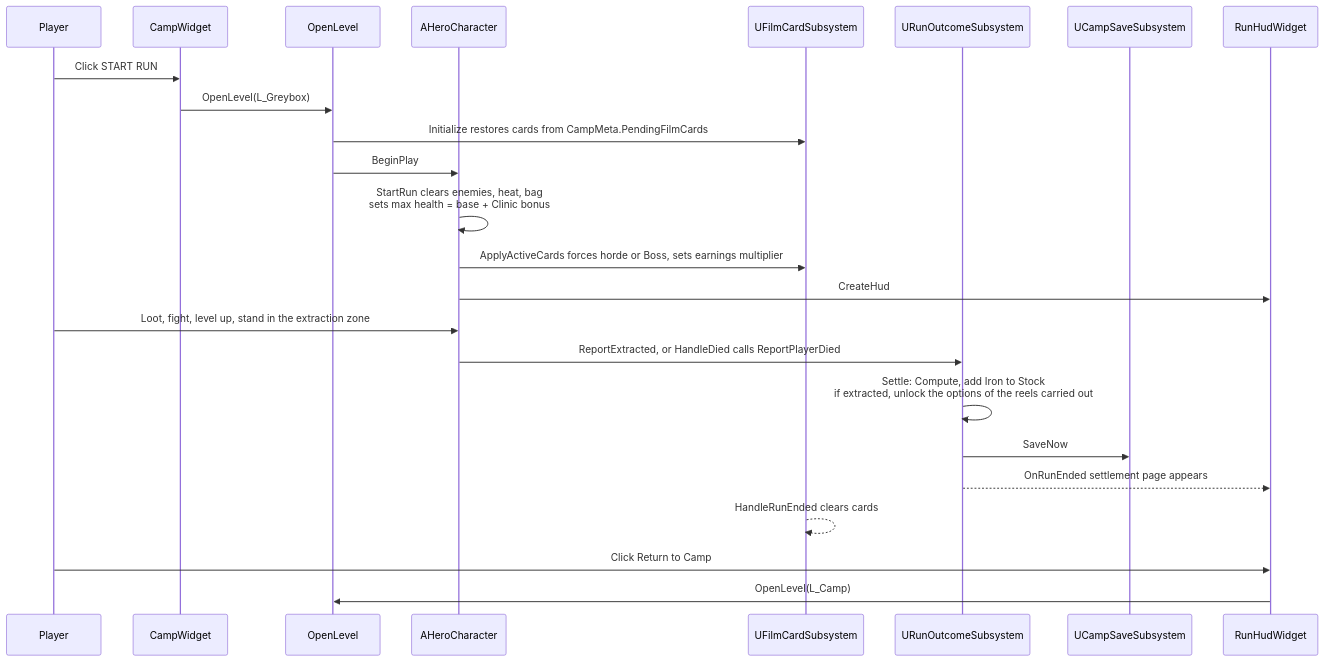
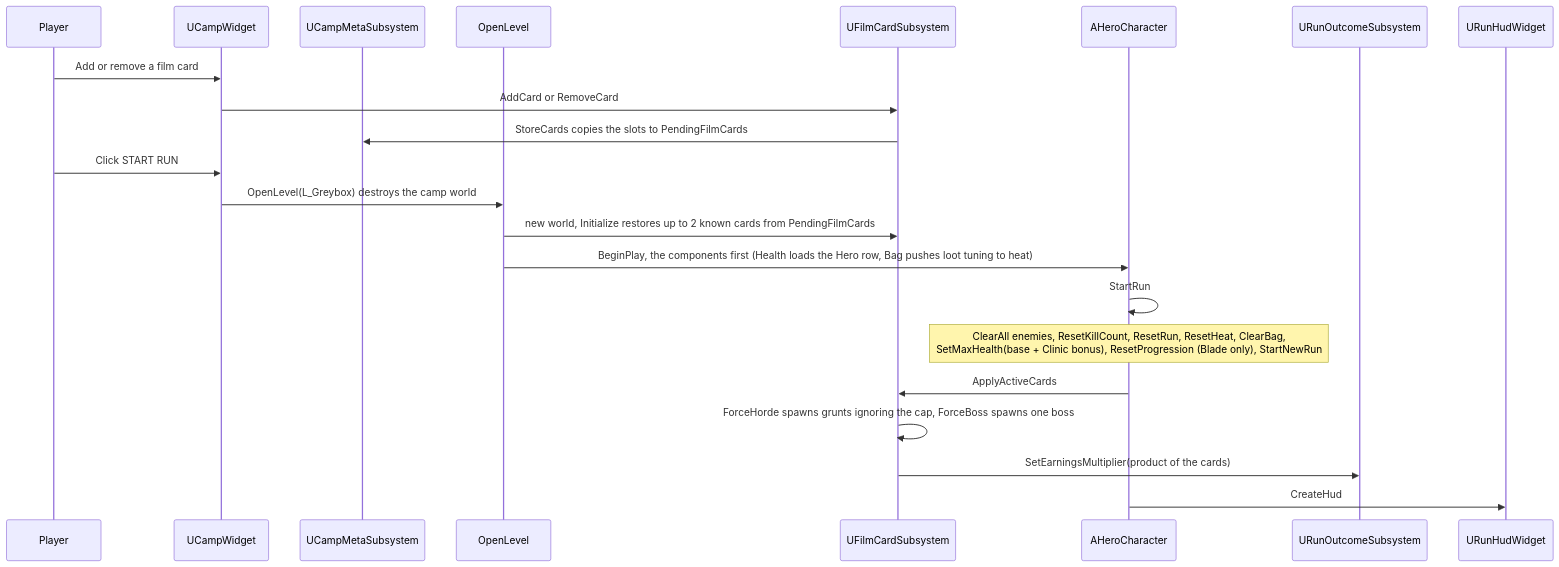
Before and after one commit to Huangyu-Shen/2026-epic-gamejam: the second of 5 diagrams in docs/wiki/architecture.md, drawn with Mermaid. The commit also changed other lines of this file and 94 other files, not shown here.

````diff
--- a/docs/wiki/architecture.md
+++ b/docs/wiki/architecture.md
@@ -91,26 +129,24 @@
 ```mermaid
 sequenceDiagram
   participant P as Player
-  participant C as CampWidget
+  participant C as UCampWidget
+  participant M as UCampMetaSubsystem
   participant L as OpenLevel
+  participant F as UFilmCardSubsystem
   participant H as AHeroCharacter
-  participant F as UFilmCardSubsystem
   participant R as URunOutcomeSubsystem
-  participant S as UCampSaveSubsystem
-  participant HUD as RunHudWidget
+  participant HUD as URunHudWidget
+  P->>C: Add or remove a film card
+  C->>F: AddCard or RemoveCard
+  F->>M: StoreCards copies the slots to PendingFilmCards
   P->>C: Click START RUN
-  C->>L: OpenLevel(L_Greybox)
-  L->>F: Initialize restores cards from CampMeta.PendingFilmCards
-  L->>H: BeginPlay
-  H->>H: StartRun clears enemies, heat, bag<br/>sets max health = base + Clinic bonus
-  H->>F: ApplyActiveCards forces horde or Boss, sets earnings multiplier
+  C->>L: OpenLevel(L_Greybox) destroys the camp world
+  L->>F: new world, Initialize restores up to 2 known cards from PendingFilmCards
+  L->>H: BeginPlay, the components first (Health loads the Hero row, Bag pushes loot tuning to heat)
+  H->>H: StartRun
+  Note over H: ClearAll enemies, ResetKillCount, ResetRun, ResetHeat, ClearBag,<br/>SetMaxHealth(base + Clinic bonus), ResetProgression (Blade only), StartNewRun
+  H->>F: ApplyActiveCards
+  F->>F: ForceHorde spawns grunts ignoring the cap, ForceBoss spawns one boss
+  F->>R: SetEarningsMultiplier(product of the cards)
   H->>HUD: CreateHud
-  P->>H: Loot, fight, level up, stand in the extraction zone
-  H->>R: ReportExtracted, or HandleDied calls ReportPlayerDied
-  R->>R: Settle: Compute, add Iron to Stock<br/>if extracted, unlock the options of the reels carried out
-  R->>S: SaveNow
-  R-->>HUD: OnRunEnded settlement page appears
-  F-->>F: HandleRunEnded clears cards
-  P->>HUD: Click Return to Camp
-  HUD->>L: OpenLevel(L_Camp)
 ```
````
